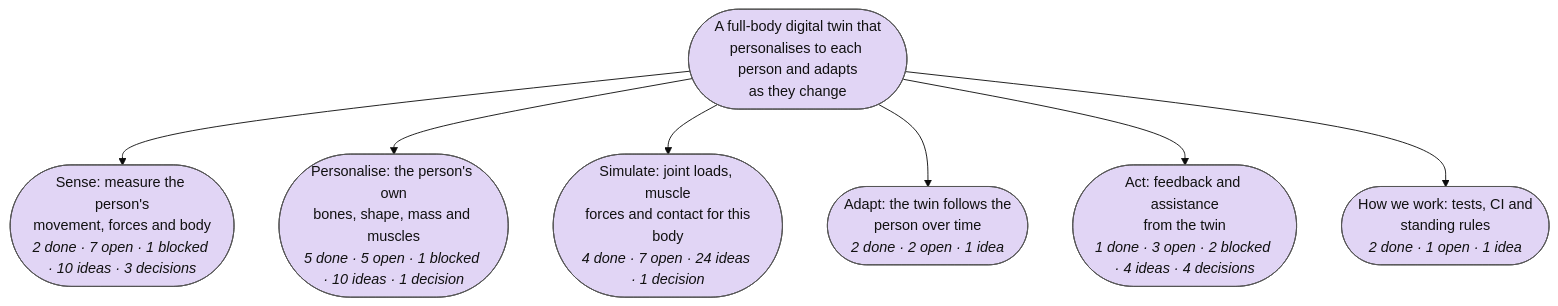
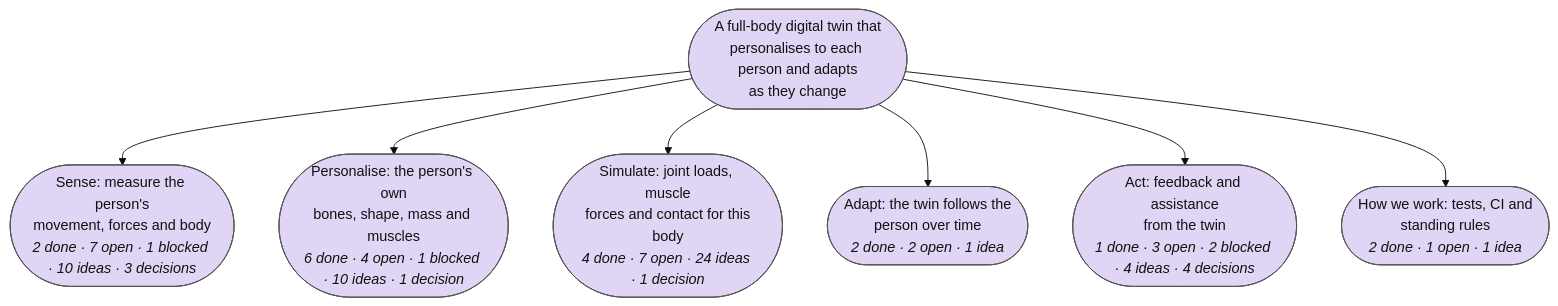
One commit to Sigurius23/Rehab-agent changed the first of 7 diagrams in plan/MAP.md. Above: the diagram before and after it, drawn with Mermaid (base theme). The commit also changed other lines of this file and 6 other files, not shown here.

````diff
--- a/plan/MAP.md
+++ b/plan/MAP.md
@@ -9,35 +9,35 @@
 ```mermaid
 flowchart TB
   r(["A full-body digital twin that<br/>personalises to each person and adapts<br/>as they change"]):::goal_open
   p0(["Sense: measure the person's<br/>movement, forces and body<br/><i>2 done · 7 open · 1 blocked · 10 ideas · 3 decisions</i>"]):::goal_open
   r --> p0
-  p1(["Personalise: the person's own<br/>bones, shape, mass and muscles<br/><i>5 done · 5 open · 1 blocked · 10 ideas · 1 decision</i>"]):::goal_open
+  p1(["Personalise: the person's own<br/>bones, shape, mass and muscles<br/><i>6 done · 4 open · 1 blocked · 10 ideas · 1 decision</i>"]):::goal_open
   r --> p1
   p2(["Simulate: joint loads, muscle<br/>forces and contact for this<br/>body<br/><i>4 done · 7 open · 24 ideas · 1 decision</i>"]):::goal_open
   r --> p2
   p3(["Adapt: the twin follows the<br/>person over time<br/><i>2 done · 2 open · 1 idea</i>"]):::goal_open
   r --> p3
   p4(["Act: feedback and assistance<br/>from the twin<br/><i>1 done · 3 open · 2 blocked · 4 ideas · 4 decisions</i>"]):::goal_open
   r --> p4
   p5(["How we work: tests, CI and<br/>standing rules<br/><i>2 done · 1 open · 1 idea</i>"]):::goal_open
   r --> p5
   classDef goal_open fill:#e1d5f5,stroke:#555,color:#111
   classDef goal_done fill:#c8e6c9,stroke:#555,color:#111
   classDef step_open fill:#ffffff,stroke:#555,color:#111
   classDef step_doing fill:#fff3c4,stroke:#555,color:#111
   classDef step_done fill:#c8e6c9,stroke:#555,color:#111
   classDef step_blocked fill:#ffe0b2,stroke:#555,color:#111
   classDef step_dropped fill:#eeeeee,stroke:#555,color:#111
   classDef test_planned fill:#ffffff,stroke:#555,color:#111
   classDef test_running fill:#fff3c4,stroke:#555,color:#111
   classDef test_passed fill:#c8e6c9,stroke:#555,color:#111
   classDef test_failed fill:#ffcdd2,stroke:#555,color:#111
   classDef test_mixed fill:#fff3c4,stroke:#555,color:#111
   classDef test_dropped fill:#eeeeee,stroke:#555,color:#111
   classDef idea_new fill:#d7f0f7,stroke:#555,color:#111,stroke-dasharray: 4 3
   classDef idea_promoted fill:#eeeeee,stroke:#555,color:#111,stroke-dasharray: 4 3
   classDef idea_dropped fill:#eeeeee,stroke:#555,color:#111,stroke-dasharray: 4 3
   classDef decision_open fill:#ffe0b2,stroke:#555,color:#111
   classDef decision_decided fill:#ffe0b2,stroke:#555,color:#111
   classDef external fill:#f5f5f5,stroke:#aaa,color:#777,stroke-dasharray: 2 2
 ```
````
